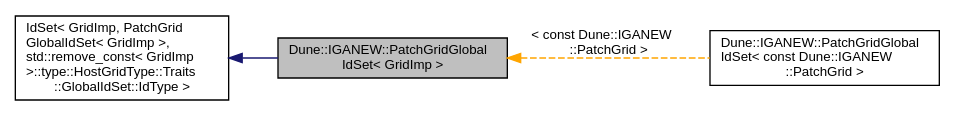
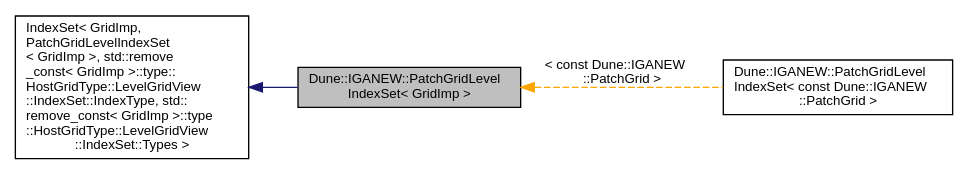
One commit to rath3t/dune-iga-doc changed the diagram in df/d18/a01071.dot. Above: the diagram before and after it, drawn with Graphviz. The commit also changed 834 other files, not shown here.

```diff
--- a/df/d18/a01071.dot
+++ b/df/d18/a01071.dot
@@ -1,12 +1,12 @@
-digraph "Dune::IGANEW::PatchGridGlobalIdSet&lt; GridImp &gt;"
+digraph "Dune::IGANEW::PatchGridLevelIndexSet&lt; GridImp &gt;"
 {
  // LATEX_PDF_SIZE
   edge [fontname="Helvetica",fontsize="10",labelfontname="Helvetica",labelfontsize="10"];
   node [fontname="Helvetica",fontsize="10",shape=record];
   rankdir="LR";
-  Node1 [label="Dune::IGANEW::PatchGridGlobal\lIdSet\< GridImp \>",height=0.2,width=0.4,color="black", fillcolor="grey75", style="filled", fontcolor="black",tooltip=" "];
+  Node1 [label="Dune::IGANEW::PatchGridLevel\lIndexSet\< GridImp \>",height=0.2,width=0.4,color="black", fillcolor="grey75", style="filled", fontcolor="black",tooltip=" "];
   Node2 -> Node1 [dir="back",color="midnightblue",fontsize="10",style="solid",fontname="Helvetica"];
-  Node2 [label="IdSet\< GridImp, PatchGrid\lGlobalIdSet\< GridImp \>,\l std::remove_const\< GridImp\l \>::type::HostGridType::Traits\l::GlobalIdSet::IdType \>",height=0.2,width=0.4,color="black", fillcolor="white", style="filled",tooltip=" "];
+  Node2 [label="IndexSet\< GridImp,\l PatchGridLevelIndexSet\l\< GridImp \>, std::remove\l_const\< GridImp \>::type::\lHostGridType::LevelGridView\l::IndexSet::IndexType, std::\lremove_const\< GridImp \>::type\l::HostGridType::LevelGridView\l::IndexSet::Types \>",height=0.2,width=0.4,color="black", fillcolor="white", style="filled",tooltip=" "];
   Node1 -> Node3 [dir="back",color="orange",fontsize="10",style="dashed",label=" \< const Dune::IGANEW\l::PatchGrid \>" ,fontname="Helvetica"];
-  Node3 [label="Dune::IGANEW::PatchGridGlobal\lIdSet\< const Dune::IGANEW\l::PatchGrid \>",height=0.2,width=0.4,color="black", fillcolor="white", style="filled",URL="$d6/d6a/a01072.html",tooltip=" "];
+  Node3 [label="Dune::IGANEW::PatchGridLevel\lIndexSet\< const Dune::IGANEW\l::PatchGrid \>",height=0.2,width=0.4,color="black", fillcolor="white", style="filled",URL="$d6/d6a/a01072.html",tooltip=" "];
 }
```
